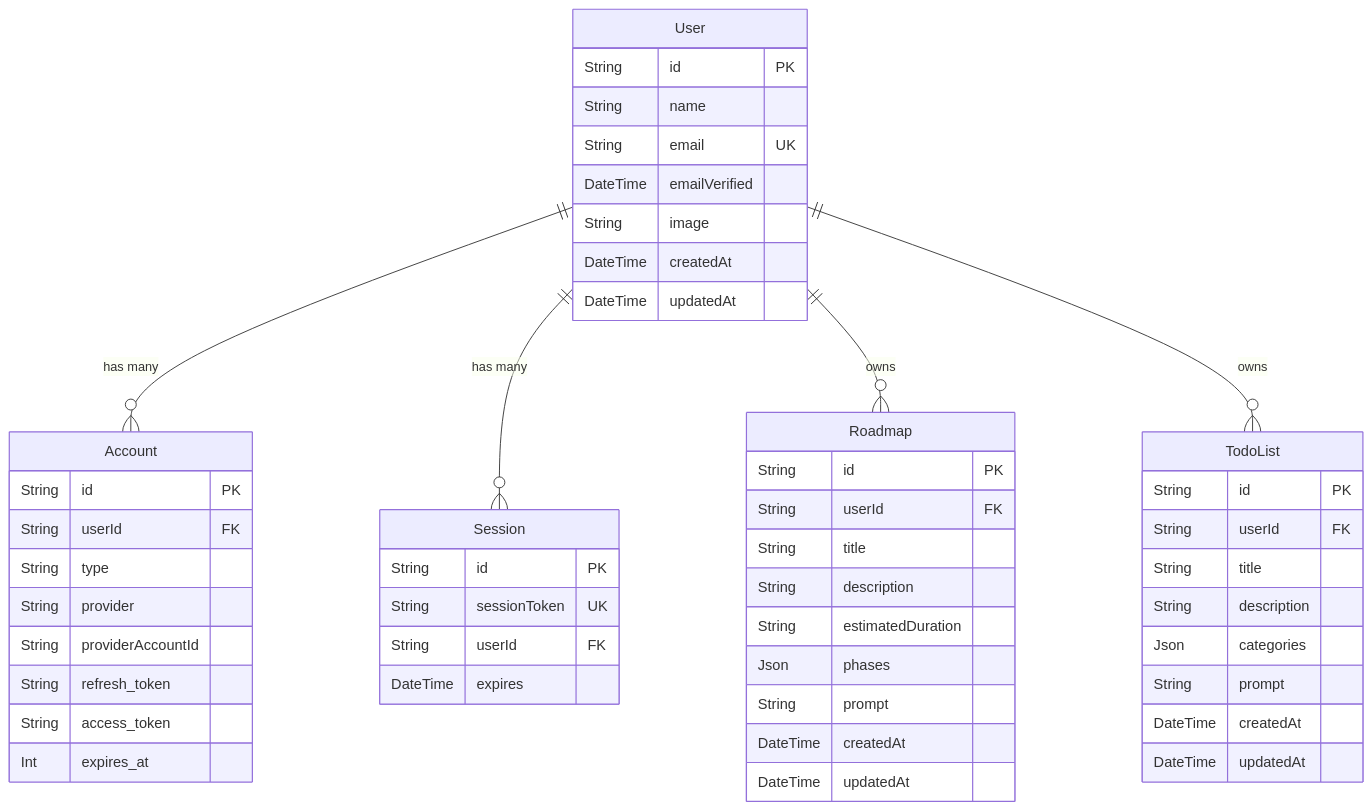
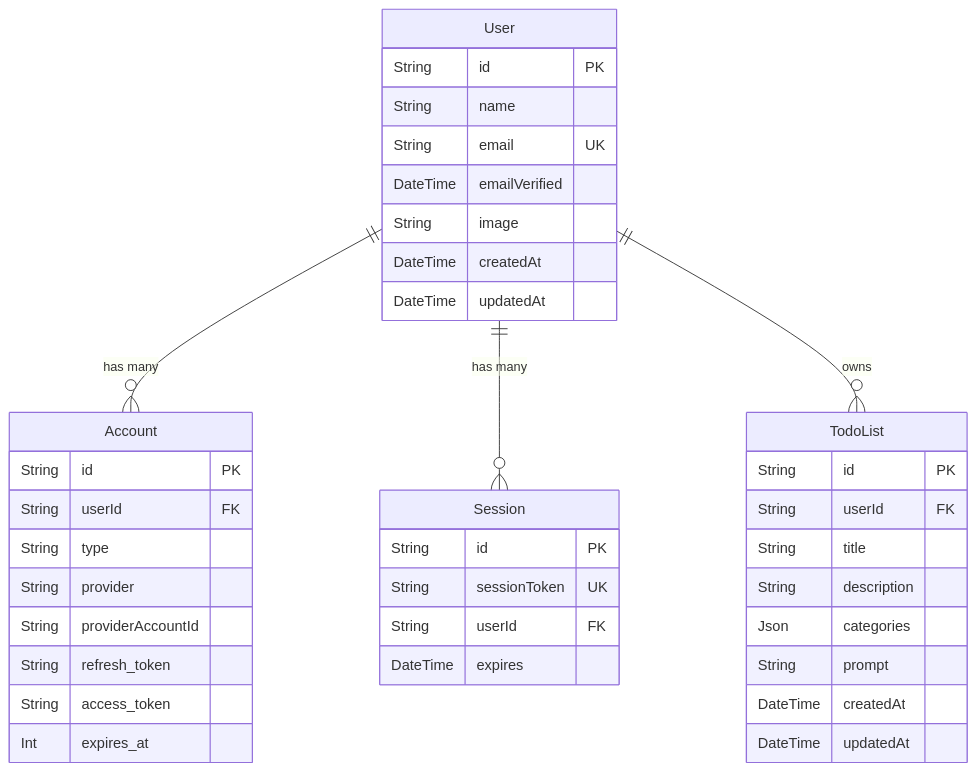
The second of 2 diagrams in README.md (raghulkannan-s/roadmap), drawn with Mermaid before and after one commit. The commit also changed other lines of this file and 26 other files, not shown here.

````diff
--- a/README.md
+++ b/README.md
@@ -99,58 +96,45 @@
 ```mermaid
 erDiagram
     User ||--o{ Account : "has many"
     User ||--o{ Session : "has many"
-    User ||--o{ Roadmap : "owns"
     User ||--o{ TodoList : "owns"
 
     User {
         String id PK
         String name
         String email UK
         DateTime emailVerified
         String image
         DateTime createdAt
         DateTime updatedAt
     }
 
     Account {
         String id PK
         String userId FK
         String type
         String provider
         String providerAccountId
         String refresh_token
         String access_token
         Int expires_at
     }
 
     Session {
         String id PK
         String sessionToken UK
         String userId FK
         DateTime expires
     }
 
-    Roadmap {
-        String id PK
-        String userId FK
-        String title
-        String description
-        String estimatedDuration
-        Json phases
-        String prompt
-        DateTime createdAt
-        DateTime updatedAt
-    }
-
     TodoList {
         String id PK
         String userId FK
         String title
         String description
         Json categories
         String prompt
         DateTime createdAt
         DateTime updatedAt
     }
 ```
````
